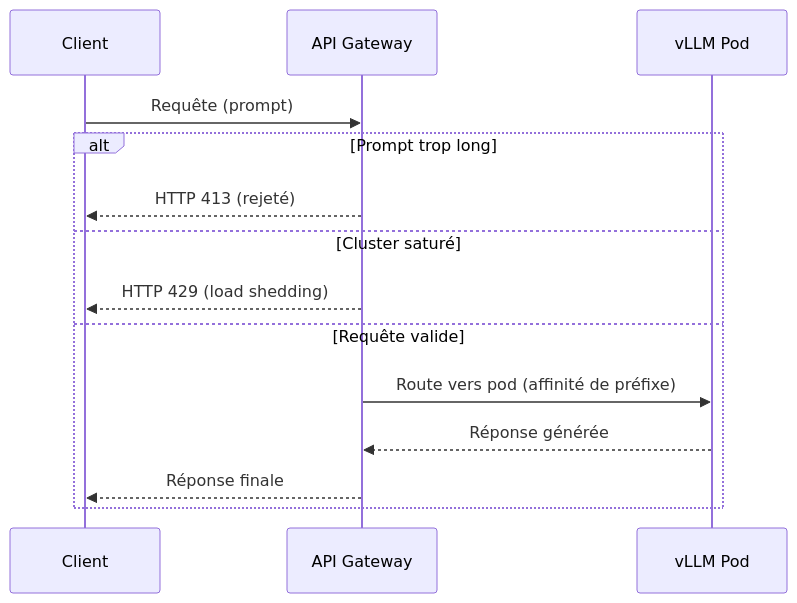
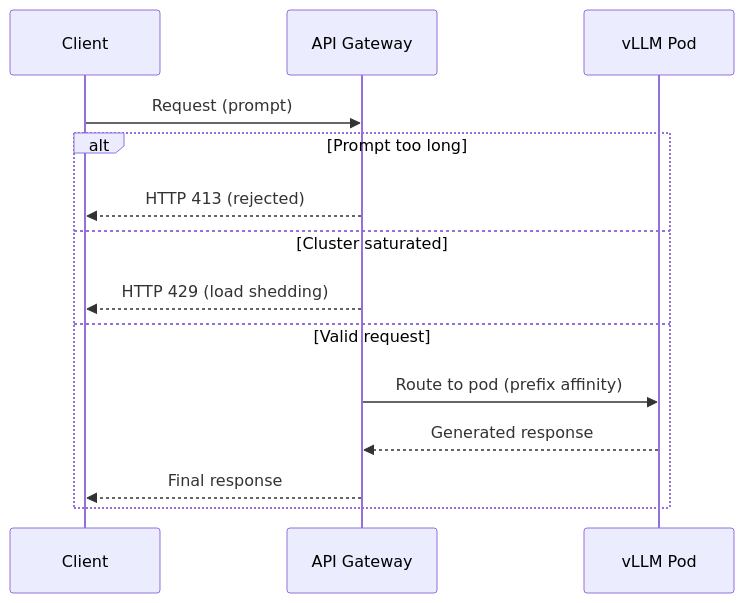
The fifth of 9 diagrams in docs/explain/kv-cache.md (ADORSYS-GIS/Custom-Ai-Ops), drawn with Mermaid before and after one commit. The commit also changed other lines of this file and 22 other files, not shown here.

````diff
--- a/docs/explain/kv-cache.md
+++ b/docs/explain/kv-cache.md
@@ -162,17 +162,17 @@
 ```mermaid
 sequenceDiagram
     participant C as Client
     participant GW as API Gateway
     participant V as vLLM Pod
 
-    C->>GW: Requête (prompt)
-    alt Prompt trop long
-        GW-->>C: HTTP 413 (rejeté)
-    else Cluster saturé
+    C->>GW: Request (prompt)
+    alt Prompt too long
+        GW-->>C: HTTP 413 (rejected)
+    else Cluster saturated
         GW-->>C: HTTP 429 (load shedding)
-    else Requête valide
-        GW->>V: Route vers pod (affinité de préfixe)
-        V-->>GW: Réponse générée
-        GW-->>C: Réponse finale
+    else Valid request
+        GW->>V: Route to pod (prefix affinity)
+        V-->>GW: Generated response
+        GW-->>C: Final response
     end
 ```
````
